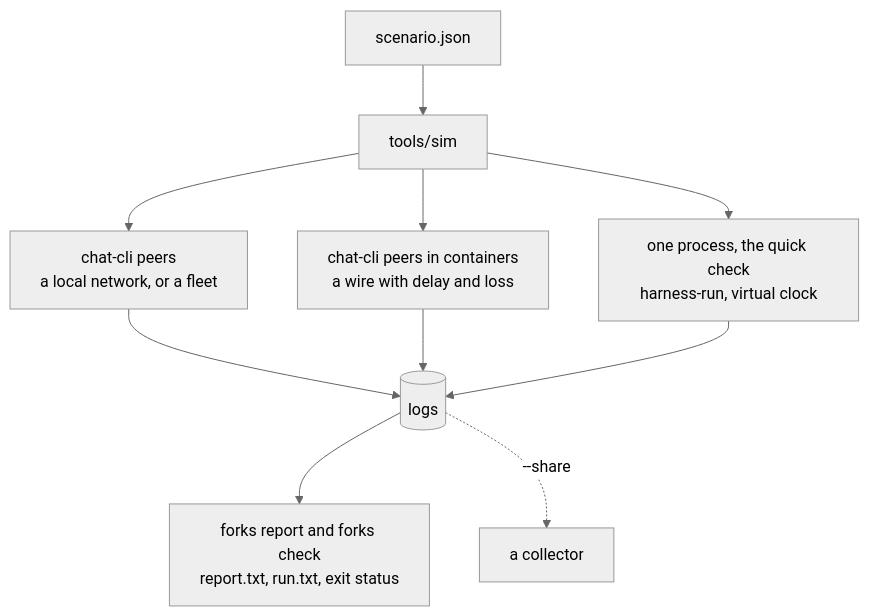
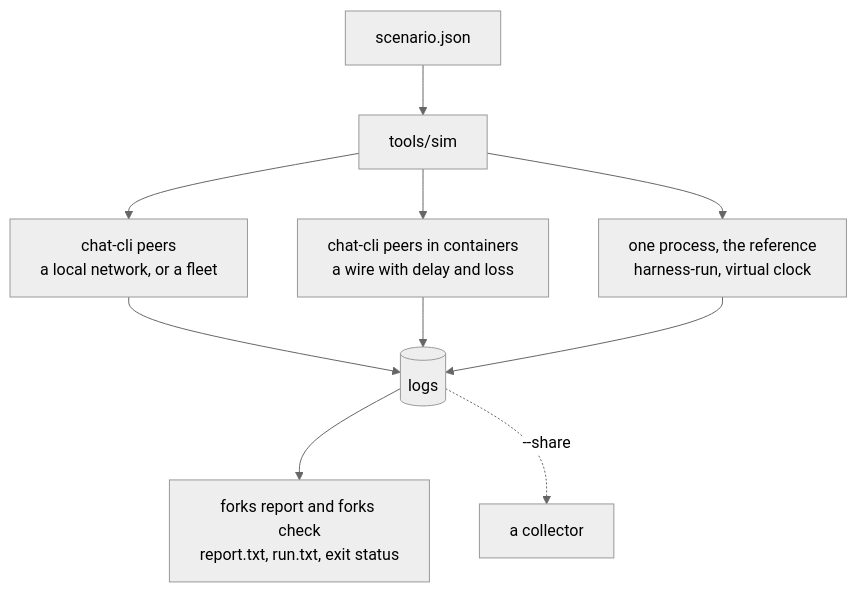
Before and after one commit to osmaczko/fork-report-guide: the diagram in src/content/docs/simulations.md, drawn with Mermaid (neutral theme). The commit also changed other lines of this file and 3 other files, not shown here.

````diff
--- a/src/content/docs/simulations.md
+++ b/src/content/docs/simulations.md
@@ -12,12 +12,12 @@
 ```mermaid
 flowchart TB
     sc["scenario.json"] --> sim["tools/sim"]
     sim --> ln["chat-cli peers<br/>a local network, or a fleet"]
     sim --> ct["chat-cli peers in containers<br/>a wire with delay and loss"]
-    sim --> op["one process, the quick check<br/>harness-run, virtual clock"]
+    sim --> op["one process, the reference<br/>harness-run, virtual clock"]
     ln --> logs[("logs")]
     ct --> logs
     op --> logs
     logs --> chk["forks report and forks check<br/>report.txt, run.txt, exit status"]
     logs -.->|"--share"| col["a collector"]
 ```
````
